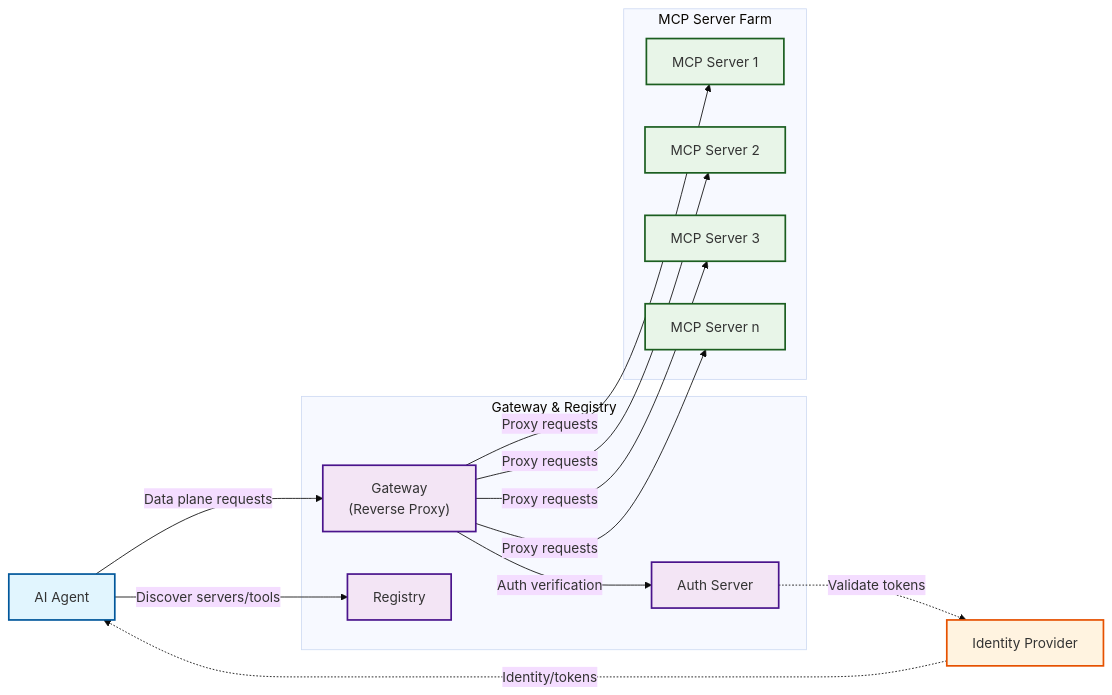
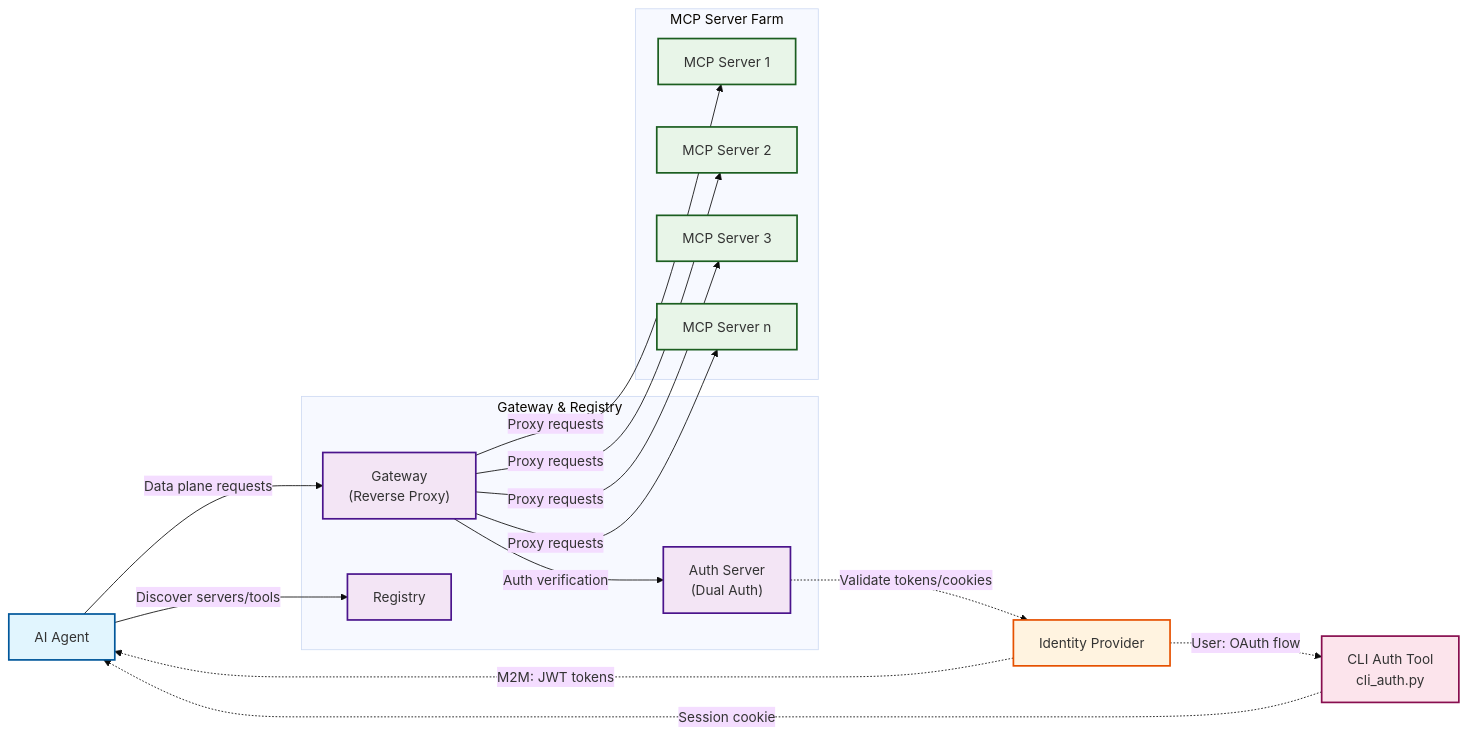
One commit to ascending-llc/mcp-gateway-registry changed the first of 2 diagrams in docs/auth.md. Above: the diagram before and after it, drawn with Mermaid (base theme). The commit also changed other lines of this file and 6 other files, not shown here.

````diff
--- a/docs/auth.md
+++ b/docs/auth.md
@@ -21,47 +21,54 @@
 ```mermaid
 graph LR
     %% AI Agent
     Agent[AI Agent]
+    
+    %% CLI Auth Tool
+    CLIAuth[CLI Auth Tool<br/>cli_auth.py]
     
     %% Identity Provider
     IdP[Identity Provider]
     
     %% Gateway and Registry Block
     subgraph GwReg["Gateway & Registry"]
         Gateway["Gateway<br/>(Reverse Proxy)"]
         Registry[Registry]
-        AuthServer["Auth Server"]
+        AuthServer["Auth Server<br/>(Dual Auth)"]
     end
     
     %% MCP Server Farm
     subgraph MCPFarm["MCP Server Farm"]
         MCP1[MCP Server 1]
         MCP2[MCP Server 2]
         MCP3[MCP Server 3]
         MCPn[MCP Server n]
     end
     
     %% Connections
     Agent -->|Discover servers/tools| Registry
     Agent -->|Data plane requests| Gateway
     Gateway -->|Auth verification| AuthServer
     Gateway -->|Proxy requests| MCP1
     Gateway -->|Proxy requests| MCP2
     Gateway -->|Proxy requests| MCP3
     Gateway -->|Proxy requests| MCPn
     
     %% Auth flow
-    IdP -.->|Identity/tokens| Agent
-    AuthServer -.->|Validate tokens| IdP
+    IdP -.->|M2M: JWT tokens| Agent
+    IdP -.->|User: OAuth flow| CLIAuth
+    CLIAuth -.->|Session cookie| Agent
+    AuthServer -.->|Validate tokens/cookies| IdP
     
     %% Styling
     classDef agentStyle fill:#e1f5fe,stroke:#01579b,stroke-width:2px
     classDef idpStyle fill:#fff3e0,stroke:#e65100,stroke-width:2px
     classDef gwregStyle fill:#f3e5f5,stroke:#4a148c,stroke-width:2px
     classDef mcpStyle fill:#e8f5e8,stroke:#1b5e20,stroke-width:2px
+    classDef cliStyle fill:#fce4ec,stroke:#880e4f,stroke-width:2px
     
     class Agent agentStyle
     class IdP idpStyle
     class Gateway,Registry,AuthServer gwregStyle
     class MCP1,MCP2,MCP3,MCPn mcpStyle
+    class CLIAuth cliStyle
 ```
````
